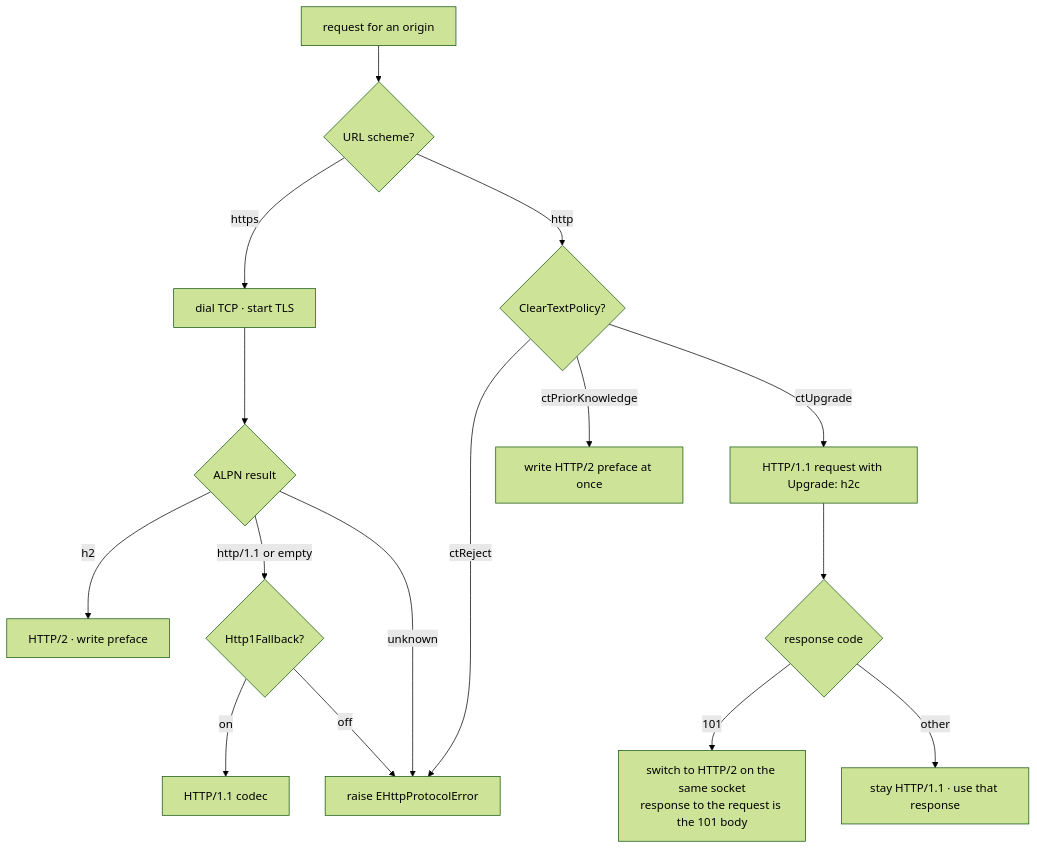
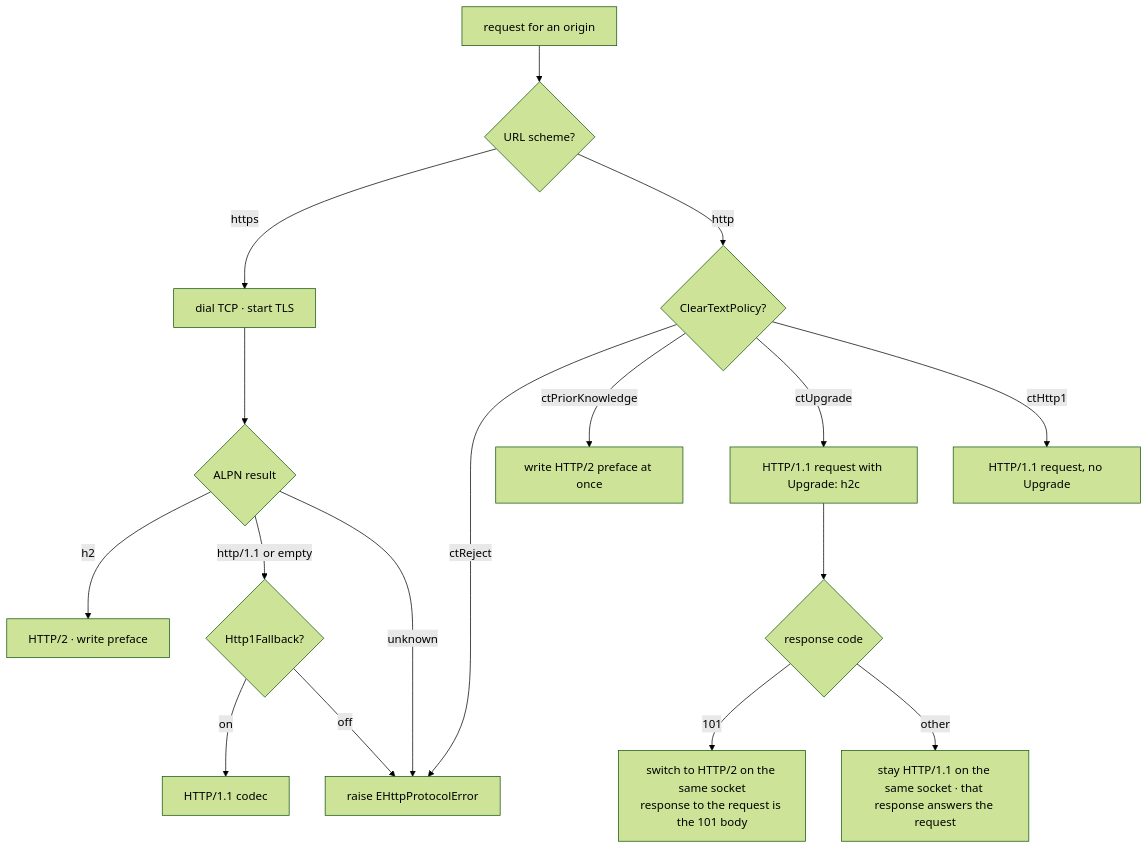
One commit to lscoughlin/http2client changed the diagram in doc/design/fallback.md. Above: the diagram before and after it, drawn with Mermaid (forest theme). The commit also changed other lines of this file and 17 other files, not shown here.

First line of the commit message:
Send a request once when an h2c upgrade is declined; add ctHttp1

````diff
--- a/doc/design/fallback.md
+++ b/doc/design/fallback.md
@@ -94,18 +101,19 @@
 ```mermaid
 flowchart TB
   S["request for an origin"] --> SC{"URL scheme?"}
   SC -->|"https"| T["dial TCP · start TLS"]
   SC -->|"http"| P{"ClearTextPolicy?"}
   P -->|"ctReject"| REJ["raise EHttpProtocolError"]
   P -->|"ctPriorKnowledge"| PK["write HTTP/2 preface at once"]
   P -->|"ctUpgrade"| UP["HTTP/1.1 request with Upgrade: h2c"]
+  P -->|"ctHttp1"| H1P["HTTP/1.1 request, no Upgrade"]
   T --> A{"ALPN result"}
   A -->|"h2"| H2["HTTP/2 · write preface"]
   A -->|"http/1.1 or empty"| FB{"Http1Fallback?"}
   A -->|"unknown"| REJ
   FB -->|"on"| H1["HTTP/1.1 codec"]
   FB -->|"off"| REJ
   UP --> R{"response code"}
   R -->|"101"| HU["switch to HTTP/2 on the same socket<br/>response to the request is the 101 body"]
-  R -->|"other"| H1U["stay HTTP/1.1 · use that response"]
+  R -->|"other"| H1U["stay HTTP/1.1 on the same socket · that response answers the request"]
 ```
````
